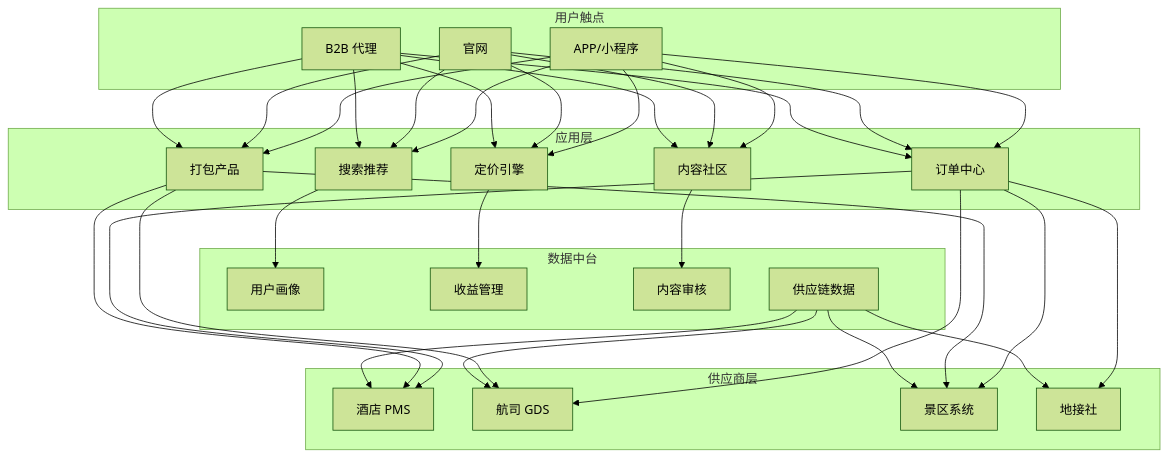
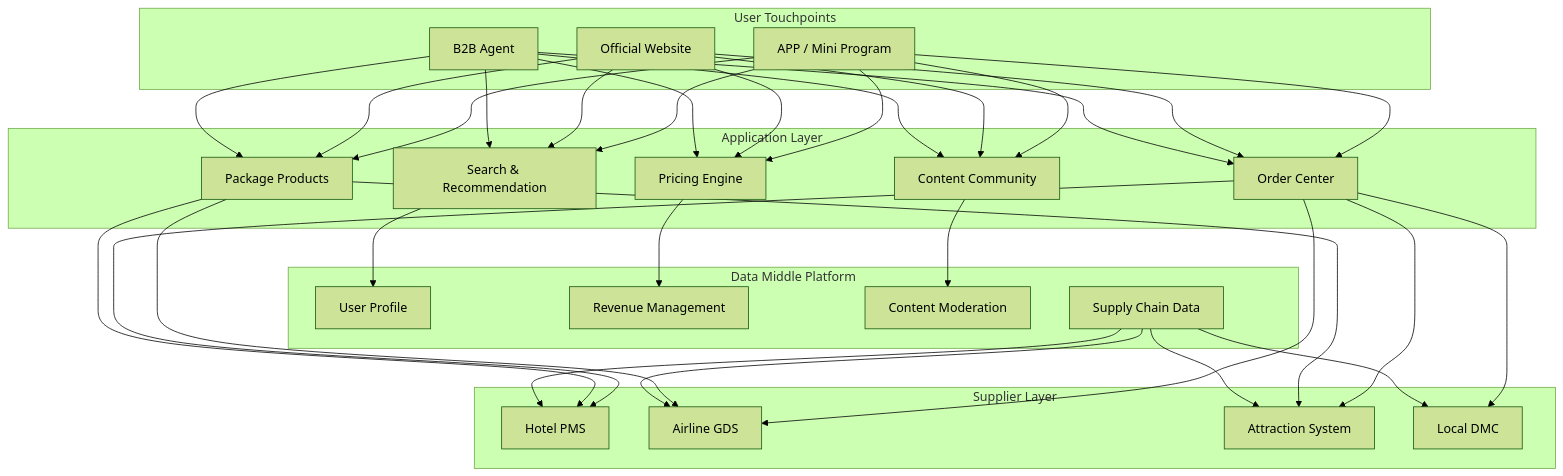
Before and after one commit to teaglebuilt/knowledge-tree: the first of 3 diagrams in tree/application/architecture/hospitality-tourism.md, drawn with Mermaid (forest theme). The commit also changed other lines of this file and 4 other files, not shown here.

````diff
--- a/tree/application/architecture/hospitality-tourism.md
+++ b/tree/application/architecture/hospitality-tourism.md
@@ -143,38 +147,38 @@
 ```mermaid
 graph TB
-    subgraph 用户触点
-        U1[APP/小程序]
-        U2[官网]
-        U3[B2B 代理]
+    subgraph User Touchpoints
+        U1[APP / Mini Program]
+        U2[Official Website]
+        U3[B2B Agent]
     end
 
-    subgraph 应用层
-        A1[搜索推荐]
-        A2[定价引擎]
-        A3[订单中心]
-        A4[打包产品]
-        A5[内容社区]
+    subgraph Application Layer
+        A1[Search & Recommendation]
+        A2[Pricing Engine]
+        A3[Order Center]
+        A4[Package Products]
+        A5[Content Community]
     end
 
-    subgraph 供应商层
-        S1[酒店 PMS]
-        S2[航司 GDS]
-        S3[景区系统]
-        S4[地接社]
+    subgraph Supplier Layer
+        S1[Hotel PMS]
+        S2[Airline GDS]
+        S3[Attraction System]
+        S4[Local DMC]
     end
 
-    subgraph 数据中台
-        D1[用户画像]
-        D2[收益管理]
-        D3[内容审核]
-        D4[供应链数据]
+    subgraph Data Middle Platform
+        D1[User Profile]
+        D2[Revenue Management]
+        D3[Content Moderation]
+        D4[Supply Chain Data]
     end
 
     U1 & U2 & U3 --> A1 & A2 & A3 & A4 & A5
     A1 --> D1
     A2 --> D2
     A3 --> S1 & S2 & S3 & S4
     A4 --> S1 & S2 & S3
     A5 --> D3
     D4 --> S1 & S2 & S3 & S4
 ```
````
